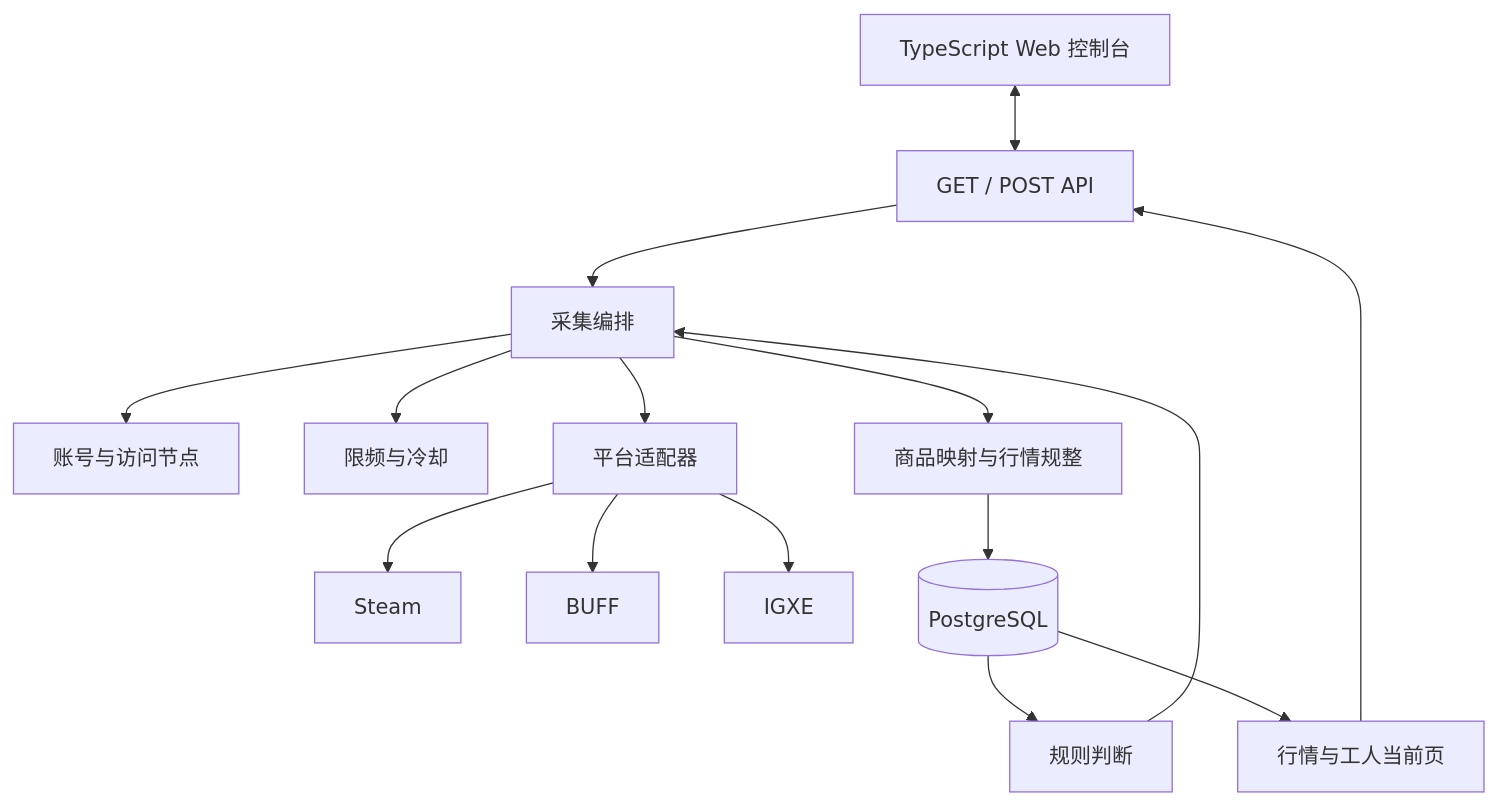
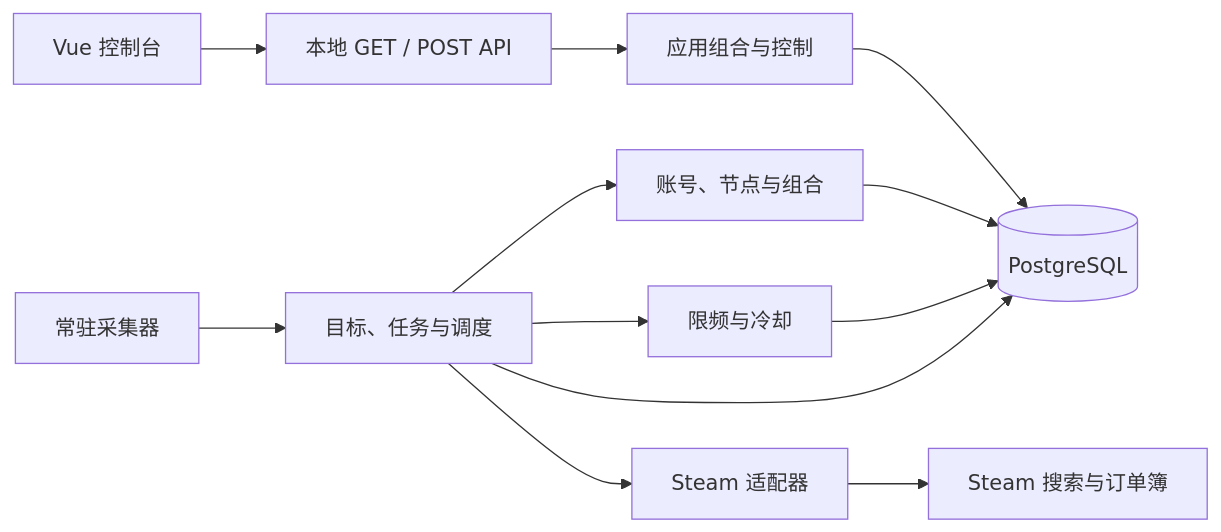
Before and after one commit to Ayuan97/buff-go: the diagram in docs/ARCHITECTURE.md, drawn with Mermaid. The commit also changed other lines of this file and 89 other files, not shown here.

````diff
--- a/docs/ARCHITECTURE.md
+++ b/docs/ARCHITECTURE.md
@@ -20,17 +5,14 @@
 ```mermaid
-flowchart TB
-    WEB["TypeScript Web 控制台"] <--> API["GET / POST API"]
-    API --> C["采集编排"]
-    C --> RES["账号与访问节点"]
-    C --> RATE["限频与冷却"]
-    C --> ADAPTER["平台适配器"]
-    ADAPTER --> STEAM["Steam"]
-    ADAPTER --> BUFF["BUFF"]
-    ADAPTER --> IGXE["IGXE"]
-    C --> NORMAL["商品映射与行情规整"]
-    NORMAL --> PG[("PostgreSQL")]
-    PG --> RULE["规则判断"]
-    RULE --> C
-    PG --> VIEW["行情与工人当前页"]
-    VIEW --> API
+flowchart LR
+    WEB["Vue 控制台"] --> API["本地 GET / POST API"]
+    API --> APP["应用组合与控制"]
+    APP --> PG[("PostgreSQL")]
+    DAEMON["常驻采集器"] --> COLLECTION["目标、任务与调度"]
+    COLLECTION --> RESOURCE["账号、节点与组合"]
+    COLLECTION --> RATE["限频与冷却"]
+    COLLECTION --> STEAM["Steam 适配器"]
+    RESOURCE --> PG
+    RATE --> PG
+    COLLECTION --> PG
+    STEAM --> MARKET["Steam 搜索与订单簿"]
 ```
````
